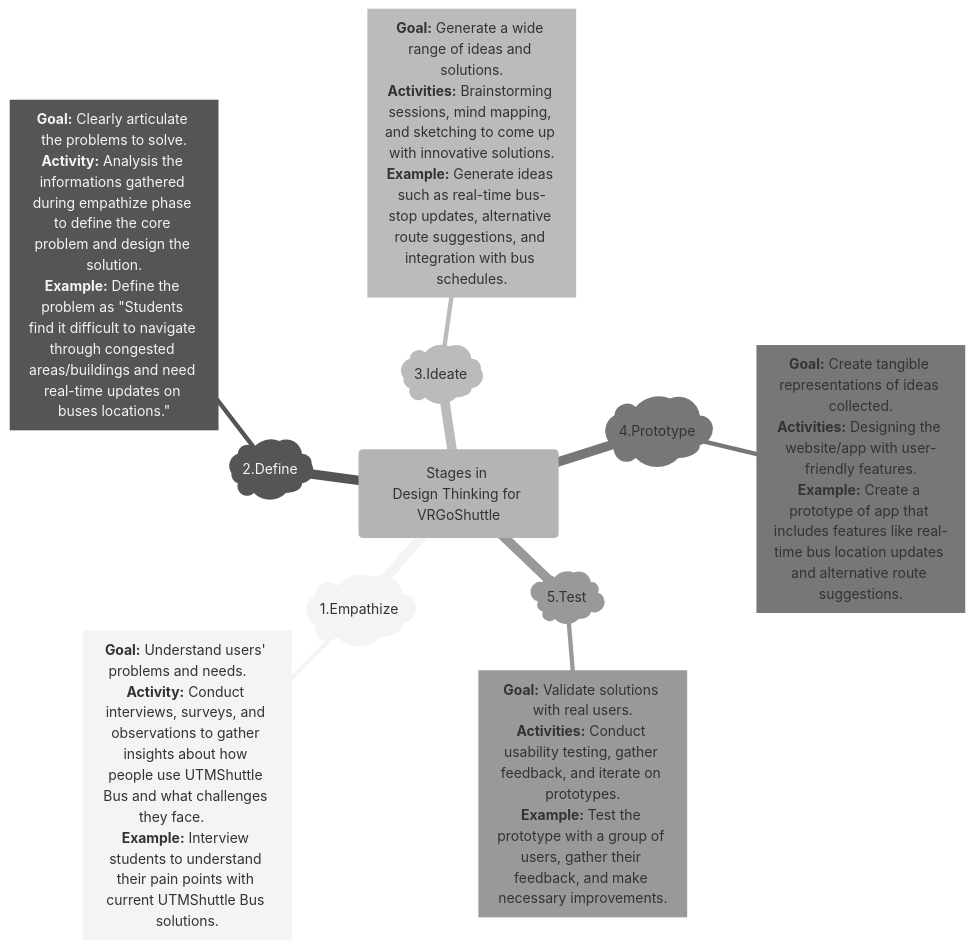
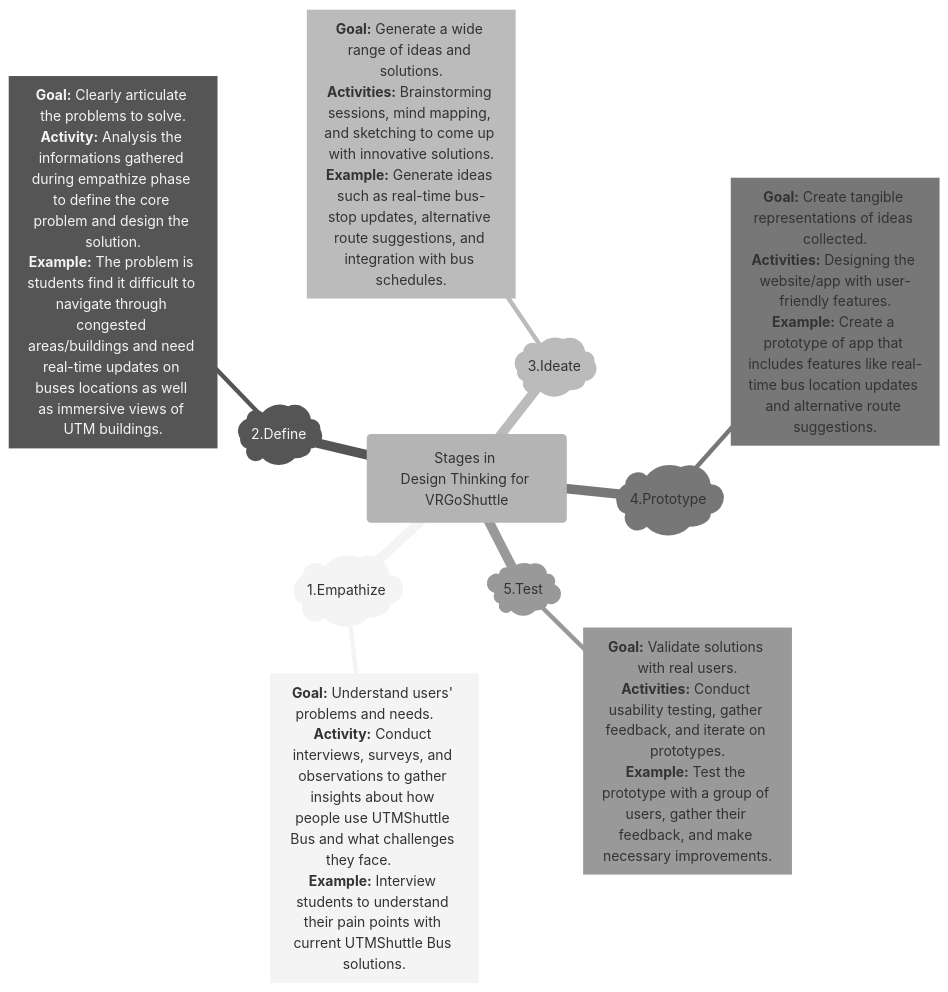
Before and after one commit to HaritzHaykal/Group-1: the diagram in Group 3/Design Thinking.md, drawn with Mermaid (neutral theme).

Commit message:
Update Design Thinking.md

````diff
--- a/Group 3/Design Thinking.md
+++ b/Group 3/Design Thinking.md
@@ -1,25 +1,25 @@
 ```mermaid
 mindmap
   root(Stages in 
 Design Thinking for VRGoShuttle)
     )1.Empathize(
       [**Goal:** Understand users' problems and needs.     
 **Activity:** Conduct interviews, surveys, and observations to gather insights about how people use UTMShuttle Bus and what challenges they face.        
 **Example:** Interview students to understand their pain points with current UTMShuttle Bus solutions.]
     )2.Define(
       [**Goal:** Clearly articulate the problems to solve.
       **Activity:** Analysis the informations gathered during empathize phase to define the core problem and design the solution.
-      **Example:** Define the problem as "Students find it difficult to navigate through congested areas/buildings and need real-time updates on buses locations."]
+      **Example:** The problem is students find it difficult to navigate through congested areas/buildings and need real-time updates on buses locations as well as immersive views of UTM buildings.]
     )3.Ideate(
       [**Goal:** Generate a wide range of ideas and solutions.
 **Activities:** Brainstorming sessions, mind mapping, and sketching to come up with innovative solutions.
 **Example:** Generate ideas such as real-time bus-stop updates, alternative route suggestions, and integration with bus schedules.]
     )4.Prototype(
       [**Goal:** Create tangible representations of ideas collected.
       **Activities:** Designing the website/app with user-friendly features.
       **Example:** Create a prototype of app that includes features like real-time bus location updates and alternative route suggestions.]
     )5.Test(
       [**Goal:** Validate solutions with real users.
       **Activities:** Conduct usability testing, gather feedback, and iterate on prototypes.
       **Example:** Test the prototype with a group of users, gather their feedback, and make necessary improvements.]
 ```
````
